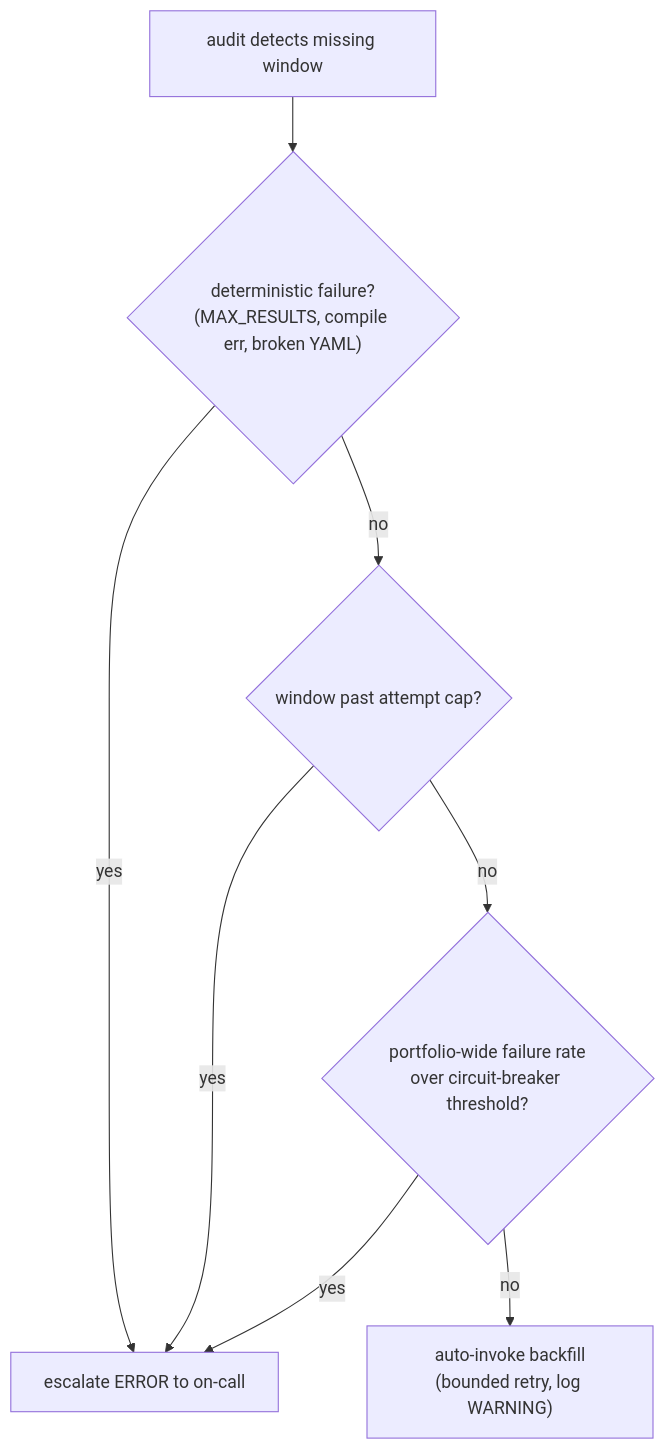
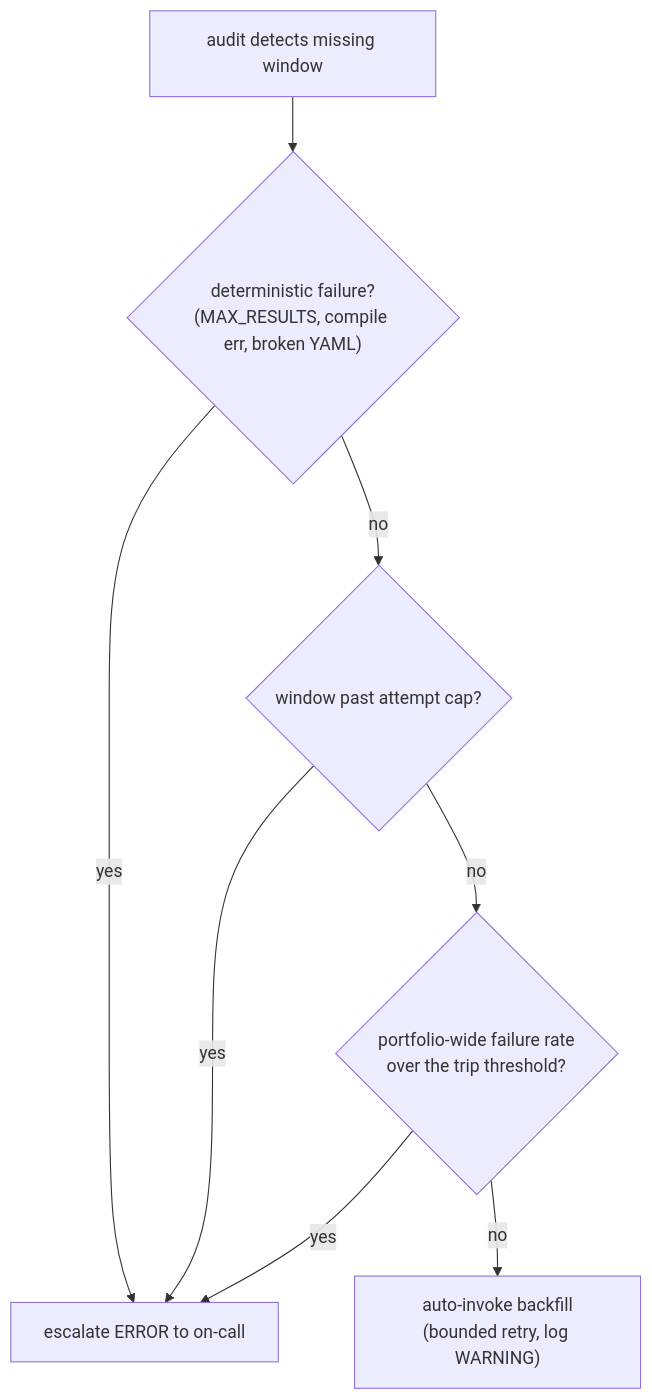
One commit to faisalkhan91/Fluxus changed the first of 2 diagrams in src/assets/blog/posts/self-healing-needs-a-human-in-the-loop-2026-05.md. Above: the diagram before and after it, drawn with Mermaid. The commit also changed other lines of this file and 13 other files, not shown here.

````diff
--- a/src/assets/blog/posts/self-healing-needs-a-human-in-the-loop-2026-05.md
+++ b/src/assets/blog/posts/self-healing-needs-a-human-in-the-loop-2026-05.md
@@ -29,16 +29,16 @@
 ```mermaid
 flowchart TD
   Gap["audit detects missing window"]
   Det{"deterministic failure?<br/>(MAX_RESULTS, compile err, broken YAML)"}
   Cap{"window past attempt cap?"}
-  Breaker{"portfolio-wide failure rate<br/>over circuit-breaker threshold?"}
+  Breaker{"portfolio-wide failure rate<br/>over the trip threshold?"}
   Auto["auto-invoke backfill<br/>(bounded retry, log WARNING)"]
   Esc["escalate ERROR to on-call"]
   Gap --> Det
   Det -- "yes" --> Esc
   Det -- "no" --> Cap
   Cap -- "yes" --> Esc
   Cap -- "no" --> Breaker
   Breaker -- "yes" --> Esc
   Breaker -- "no" --> Auto
 ```
````
